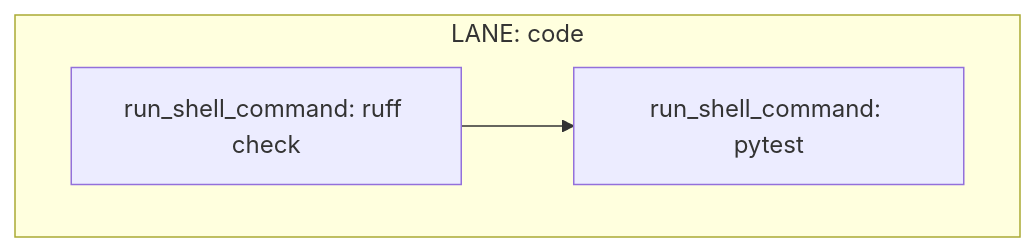
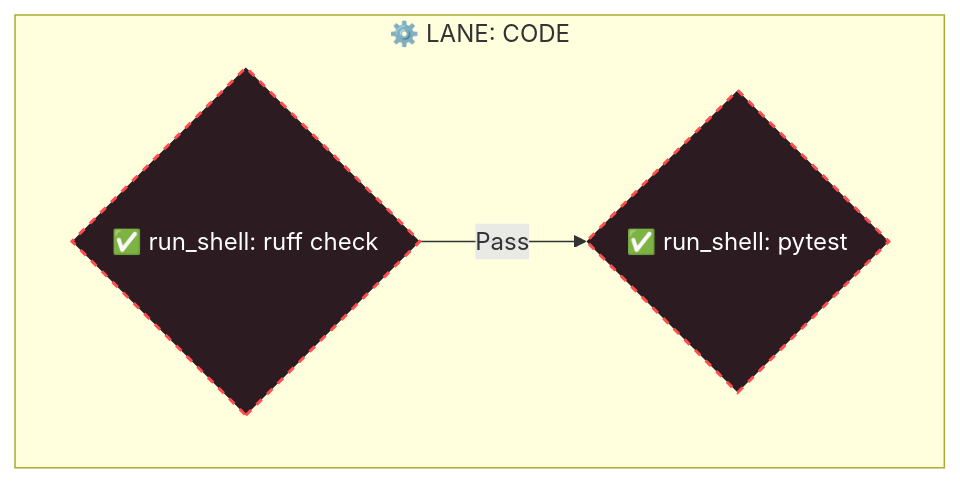
The diagram in templates/apf_scaffold/workflows/quality_gates/graph.mermaid (saulfernandez-me/agno-self-contain-software-factor), drawn with Mermaid before and after one commit. The commit also changed 14 other files, not shown here.

Commit message:
refactor: upgrade all workflow diagrams to the APF Mermaid v2.0 visual standard

```diff
--- a/templates/apf_scaffold/workflows/quality_gates/graph.mermaid
+++ b/templates/apf_scaffold/workflows/quality_gates/graph.mermaid
@@ -1,6 +1,10 @@
 graph TD
-    subgraph "LANE: code"
-        LINT["run_shell_command: ruff check"]:::code
-        TEST["run_shell_command: pytest"]:::code
+    %% APF Color Palette
+    classDef code fill:#2d1b22,stroke:#ff4d4f,stroke-width:2px,color:#fff,stroke-dasharray:5 5,rx:3px,ry:3px
+
+    subgraph "⚙️ LANE: CODE"
+        LINT{"✅ run_shell: ruff check"}:::code
+        TEST{"✅ run_shell: pytest"}:::code
     end
-    LINT --> TEST
+    
+    LINT -->|Pass| TEST
```
